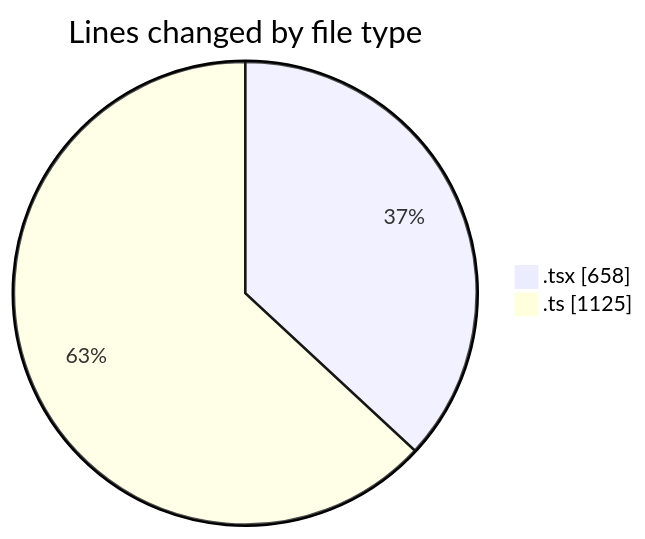
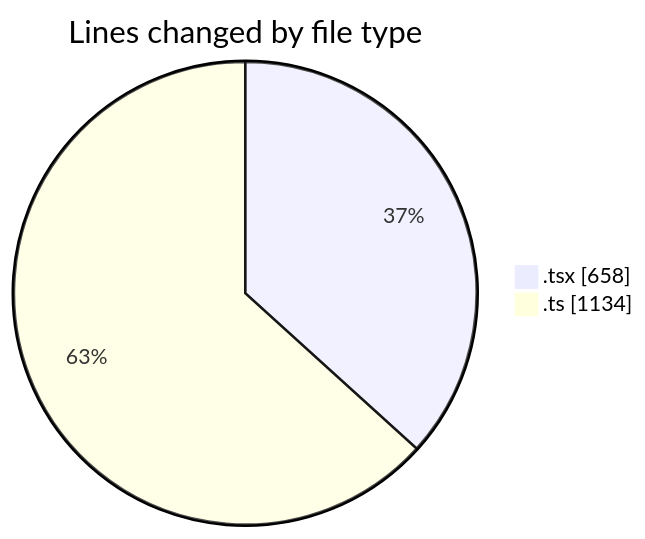
Before and after one commit to momahboobian/code-tracking: the first of 2 diagrams in 2025-09-22/cda/README.md, drawn with Mermaid. The commit also changed other lines of this file and 1 other file, not shown here.

````diff
--- a/2025-09-22/cda/README.md
+++ b/2025-09-22/cda/README.md
@@ -23,6 +23,6 @@
 ```mermaid
 pie showData
 title Lines changed by file type
 ".tsx" : 658
-".ts" : 1125
+".ts" : 1134
 ```
````
